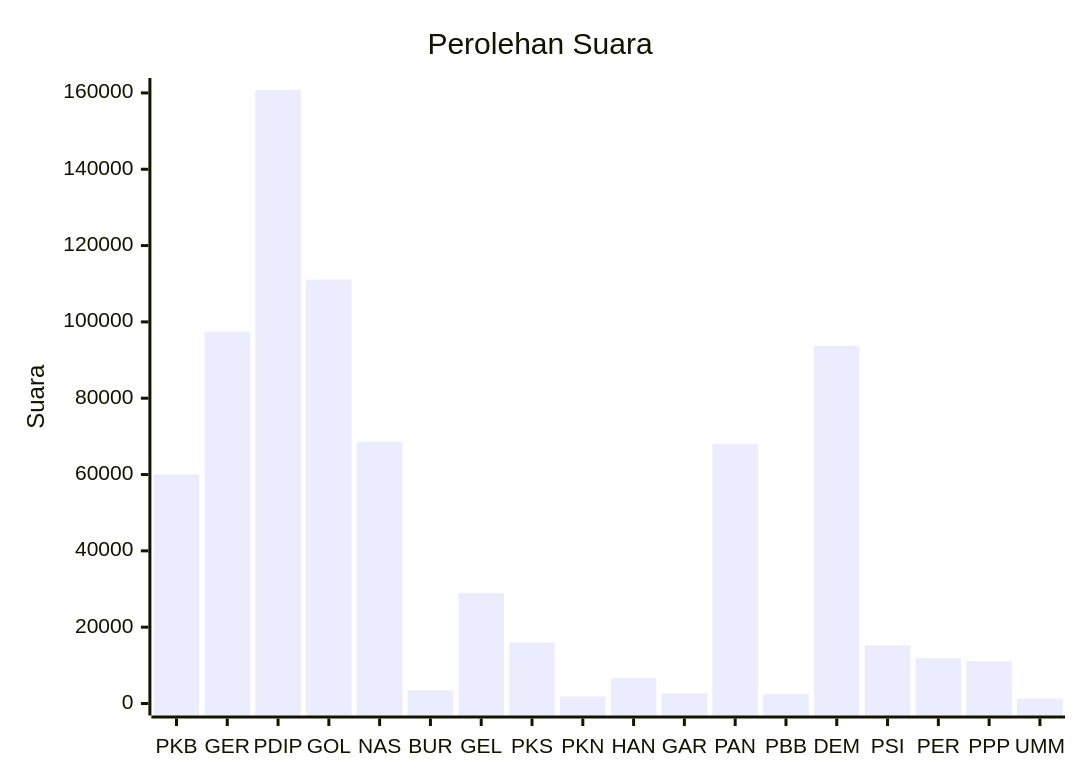
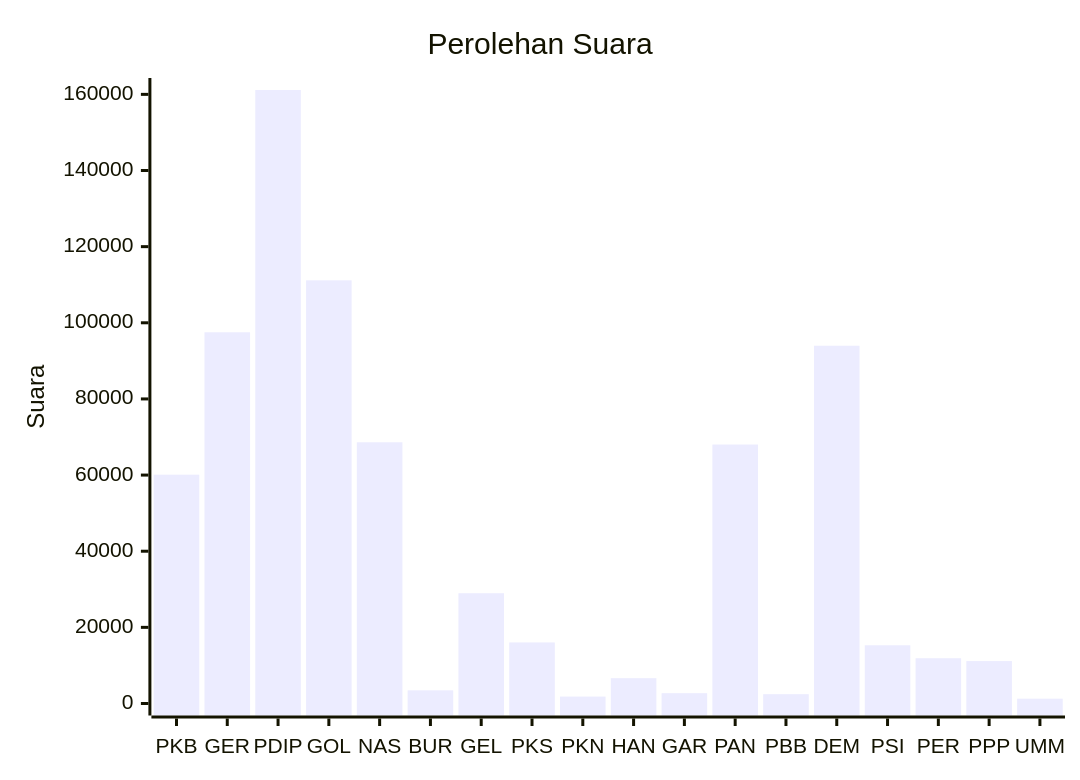
Before and after one commit to gigit-pemilu/pemilu-2024: the diagram in pileg-dpr/hitung-suara/sub/table-wilayah-62.md, drawn with Mermaid. The commit also changed other lines of this file and 23 other files, not shown here.

````diff
--- a/pileg-dpr/hitung-suara/sub/table-wilayah-62.md
+++ b/pileg-dpr/hitung-suara/sub/table-wilayah-62.md
@@ -7,7 +7,7 @@
 ```mermaid
 xychart-beta
     title "Perolehan Suara"
     x-axis [PKB, GER, PDIP, GOL, NAS, BUR, GEL, PKS, PKN, HAN, GAR, PAN, PBB, DEM, PSI, PER, PPP, UMM]
-    y-axis "Suara" 0 --> 160767
-    bar [60033, 97453, 160767, 111108, 68584, 3463, 28958, 15998, 1815, 6652, 2709, 67997, 2440, 93706, 15281, 11887, 11119, 1258]
+    y-axis "Suara" 0 --> 161146
+    bar [60104, 97513, 161146, 111151, 68616, 3464, 28961, 16038, 1817, 6657, 2716, 68022, 2447, 93974, 15289, 11889, 11144, 1262]
 ```
````
